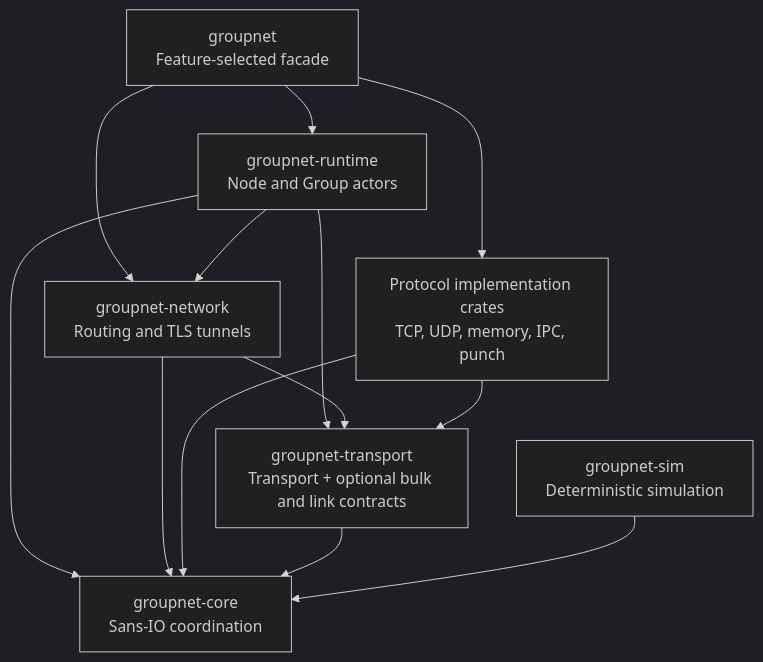
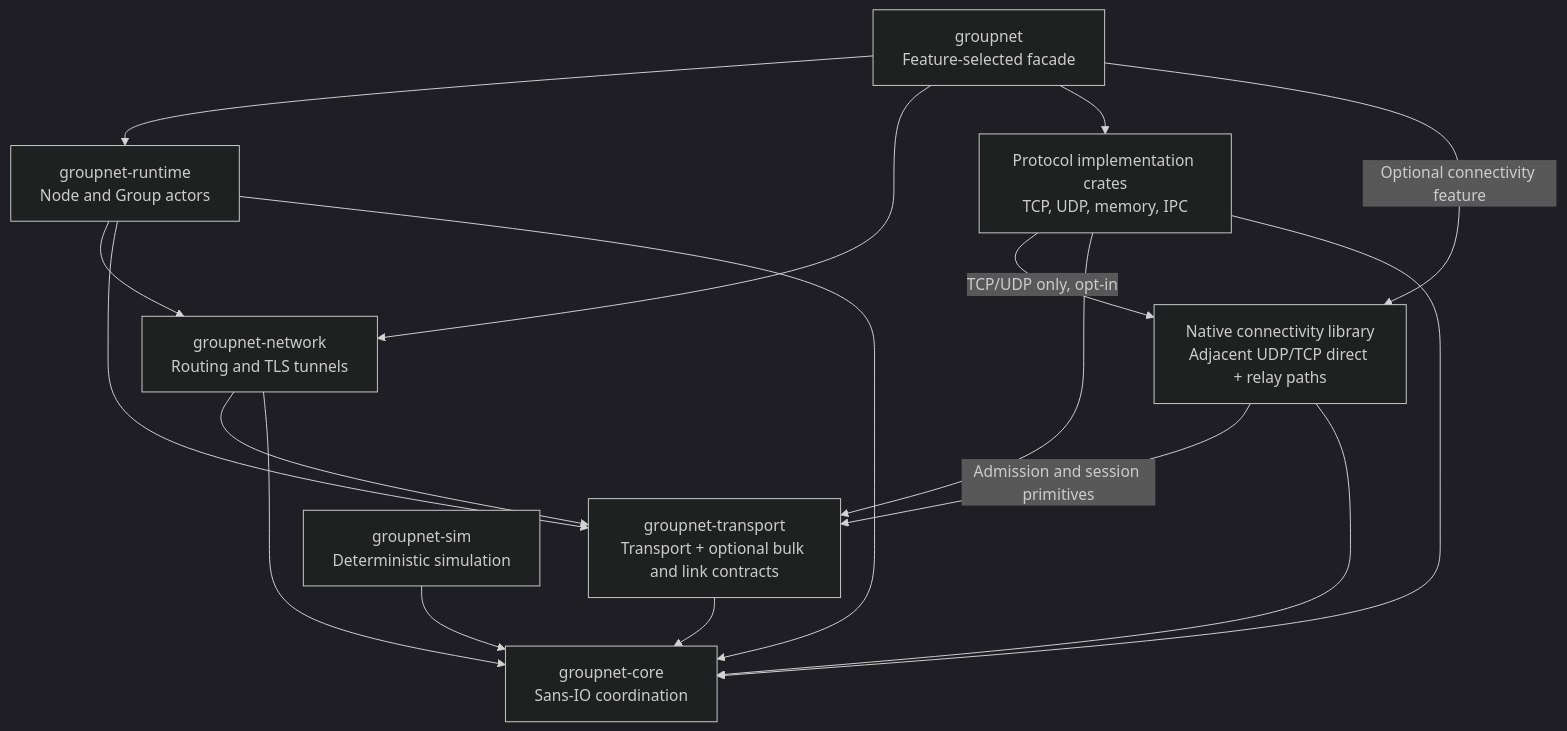
The second of 3 diagrams in docs/architecture.md (napbat/groupnet), drawn with Mermaid (dark theme) before and after one commit. The commit also changed other lines of this file and 58 other files, not shown here.

Commit message:
feat: integrate native connectivity beneath TCP and UDP links

````diff
--- a/docs/architecture.md
+++ b/docs/architecture.md
@@ -47,22 +61,27 @@
 ```mermaid
 flowchart TB
     Facade["groupnet\nFeature-selected facade"]
     Runtime["groupnet-runtime\nNode and Group actors"]
     Network["groupnet-network\nRouting and TLS tunnels"]
-    Protocols["Protocol implementation crates\nTCP, UDP, memory, IPC, punch"]
+    Protocols["Protocol implementation crates\nTCP, UDP, memory, IPC"]
+    Connectivity["Native connectivity library\nAdjacent UDP/TCP direct + relay paths"]
     Shared["groupnet-transport\nTransport + optional bulk and link contracts"]
     Core["groupnet-core\nSans-IO coordination"]
     Sim["groupnet-sim\nDeterministic simulation"]
     Facade --> Runtime
     Facade --> Network
     Facade --> Protocols
+    Facade -->|"Optional connectivity feature"| Connectivity
+    Protocols -->|"TCP/UDP only, opt-in"| Connectivity
+    Connectivity -->|"Admission and session primitives"| Shared
+    Connectivity --> Core
     Runtime --> Network
     Runtime --> Shared
     Runtime --> Core
     Network --> Shared
     Network --> Core
     Protocols --> Shared
     Protocols --> Core
     Shared --> Core
     Sim --> Core
 ```
````
